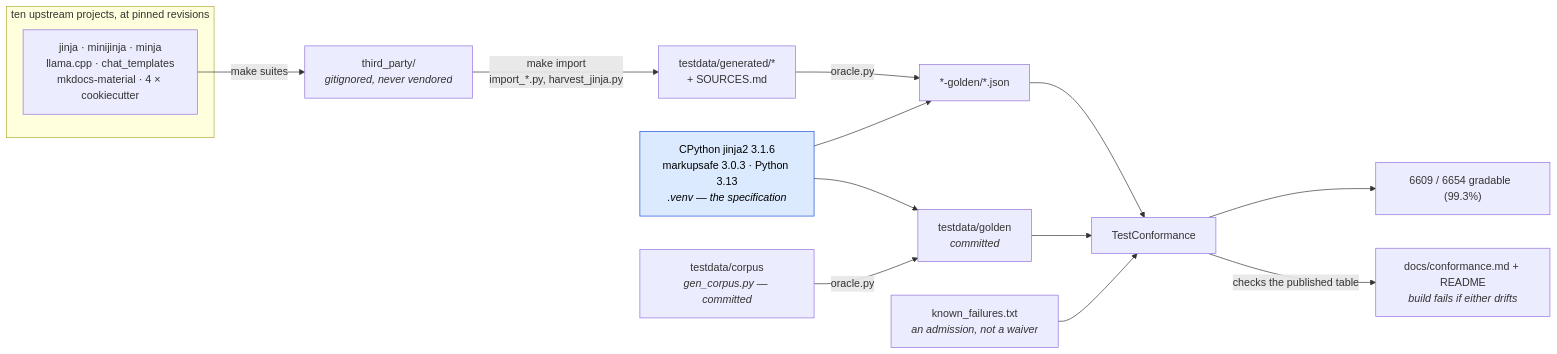
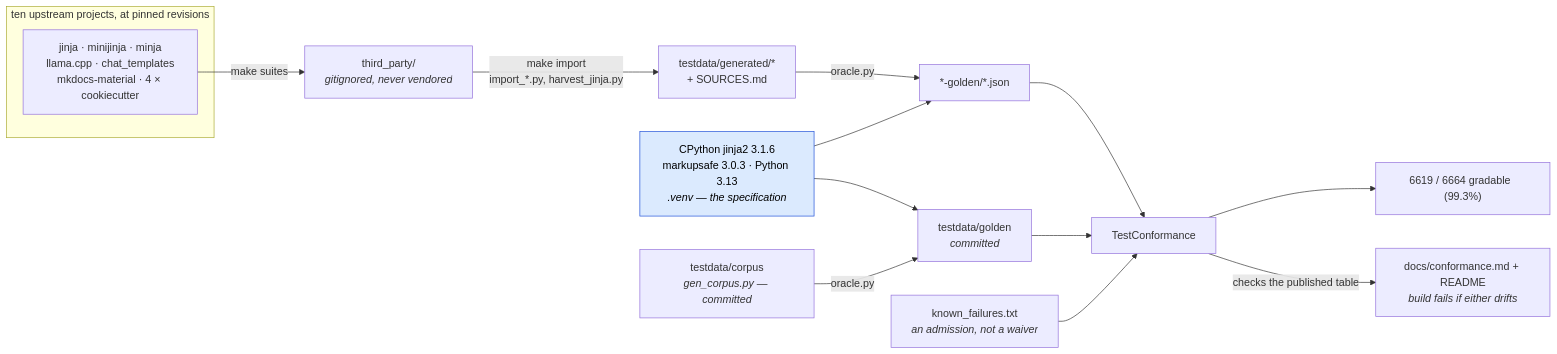
One commit to mgilbir/gojja2 changed the first of 2 diagrams in docs/conformance.md. Above: the diagram before and after it, drawn with Mermaid. The commit also changed other lines of this file and 35 other files, not shown here.

````diff
--- a/docs/conformance.md
+++ b/docs/conformance.md
@@ -17,24 +17,24 @@
 ```mermaid
 flowchart LR
     subgraph up["ten upstream projects, at pinned revisions"]
         U1["jinja · minijinja · minja<br/>llama.cpp · chat_templates<br/>mkdocs-material · 4 × cookiecutter"]
     end
     U1 -->|"make suites"| TP["third_party/<br/><i>gitignored, never vendored</i>"]
     TP -->|"make import<br/>import_*.py, harvest_jinja.py"| GEN["testdata/generated/*<br/>+ SOURCES.md"]
 
     ORA["CPython jinja2 3.1.6<br/>markupsafe 3.0.3 · Python 3.13<br/><i>.venv — the specification</i>"]
     GEN -->|"oracle.py"| G2["*-golden/*.json"]
     ORA --> G2
 
     OWN["testdata/corpus<br/><i>gen_corpus.py — committed</i>"] -->|"oracle.py"| G1["testdata/golden<br/><i>committed</i>"]
     ORA --> G1
 
     G1 --> TC["TestConformance"]
     G2 --> TC
     KF["known_failures.txt<br/><i>an admission, not a waiver</i>"] --> TC
-    TC --> RATE["6609 / 6654 gradable  (99.3%)"]
+    TC --> RATE["6619 / 6664 gradable  (99.3%)"]
     TC -->|"checks the published table"| RM["docs/conformance.md + README<br/><i>build fails if either drifts</i>"]
 
     classDef spec fill:#dbeafe,stroke:#1d4ed8,color:#000
     class ORA spec
 ```
````
